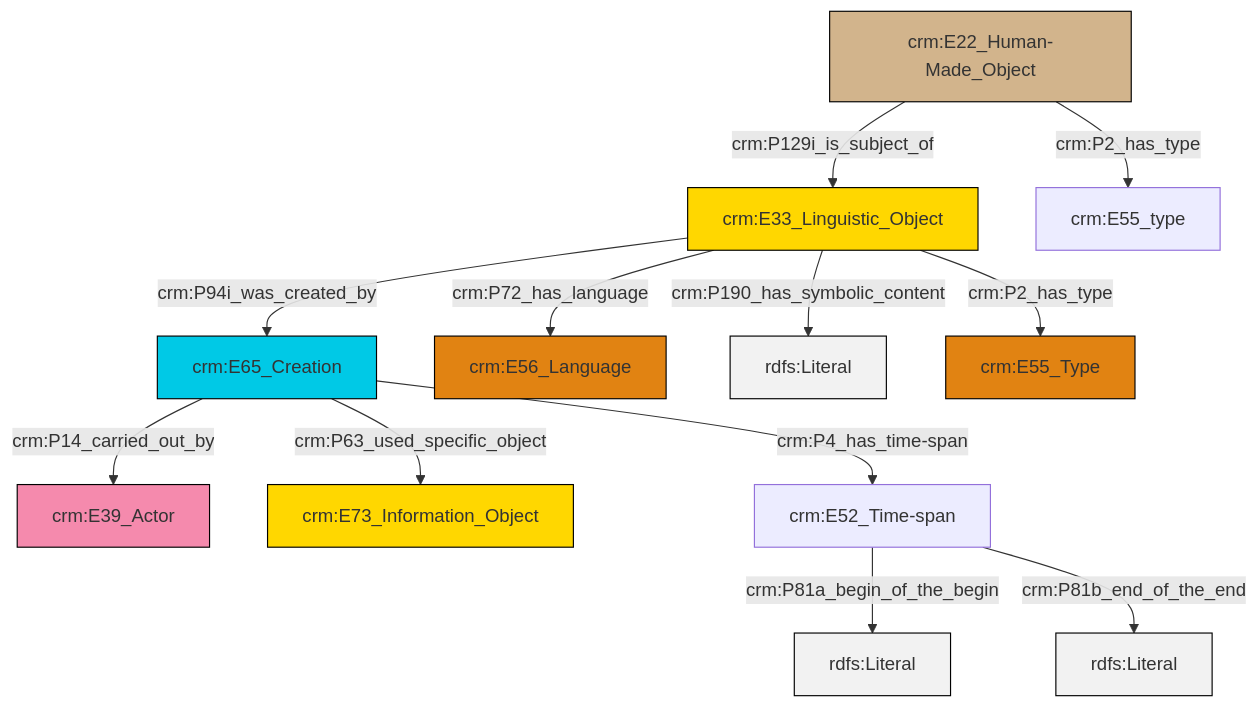
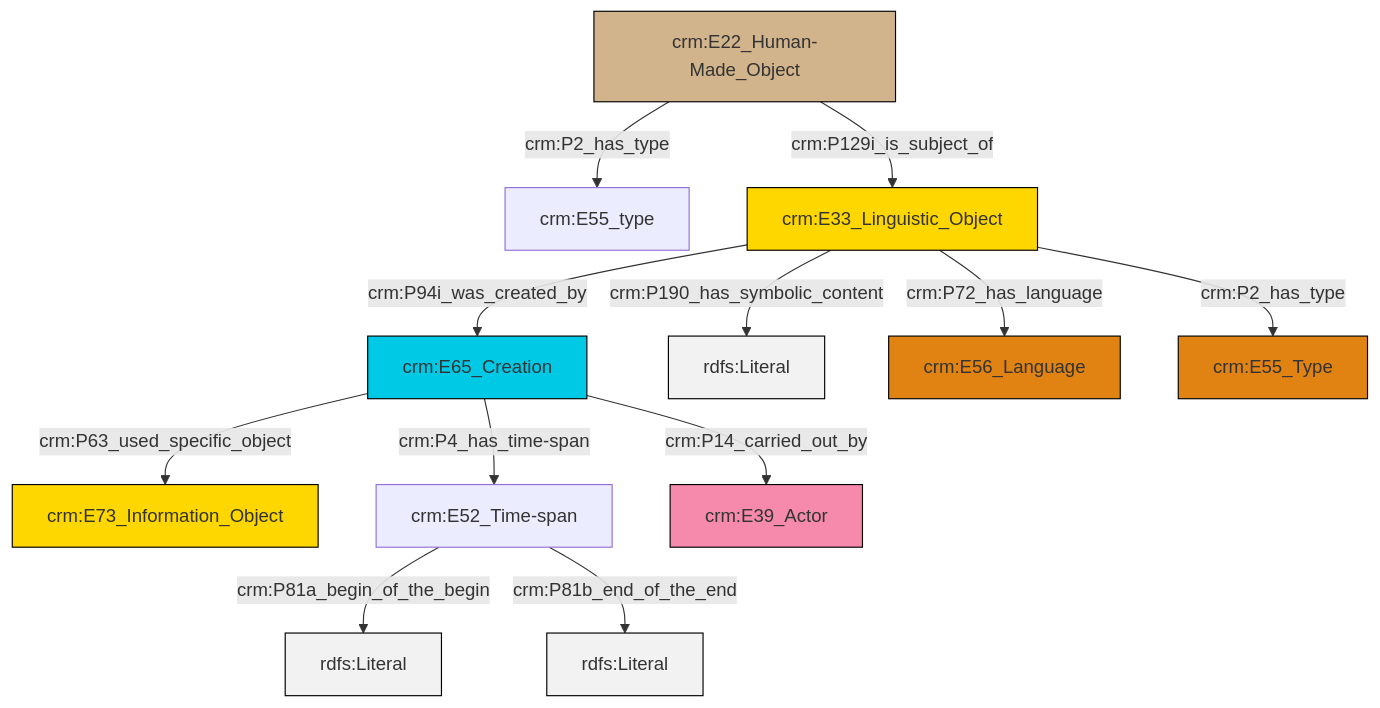
One commit to swiss-art-research-net/docs.swissartresearch changed the diagram in et/artworkCSV/ttl/mmd/Artwork_Description.ttl.mmd. Above: the diagram before and after it, drawn with Mermaid. The commit also changed 173 other files, not shown here.

```diff
--- a/et/artworkCSV/ttl/mmd/Artwork_Description.ttl.mmd
+++ b/et/artworkCSV/ttl/mmd/Artwork_Description.ttl.mmd
@@ -1,26 +1,26 @@
 graph TD
 classDef Literal fill:#f2f2f2,stroke:#000000;
 classDef CRM_Entity fill:#FFFFFF,stroke:#000000;
 classDef Temporal_Entity fill:#00C9E6, stroke:#000000;
 classDef Type fill:#E18312, stroke:#000000;
 classDef Time-Span fill:#2C9C91, stroke:#000000;
 classDef Appellation fill:#FFEB7F, stroke:#000000;
 classDef Place fill:#008836, stroke:#000000;
 classDef Persistent_Item fill:#B266B2, stroke:#000000;
 classDef Conceptual_Object fill:#FFD700, stroke:#000000;
 classDef Physical_Thing fill:#D2B48C, stroke:#000000;
 classDef Actor fill:#f58aad, stroke:#000000;
 classDef PC_Classes fill:#4ce600, stroke:#000000;
 classDef Multi fill:#cccccc,stroke:#000000;
 
-4["crm:E33_Linguistic_Object"]:::Conceptual_Object -->|crm:P94i_was_created_by| 6["crm:E65_Creation"]:::Temporal_Entity
-7["crm:E22_Human-Made_Object"]:::Physical_Thing -->|crm:P129i_is_subject_of| 4["crm:E33_Linguistic_Object"]:::Conceptual_Object
-6["crm:E65_Creation"]:::Temporal_Entity -->|crm:P14_carried_out_by| 0["crm:E39_Actor"]:::Actor
-4["crm:E33_Linguistic_Object"]:::Conceptual_Object -->|crm:P190_has_symbolic_content| 11[rdfs:Literal]:::Literal
-4["crm:E33_Linguistic_Object"]:::Conceptual_Object -->|crm:P2_has_type| 12["crm:E55_Type"]:::Type
-4["crm:E33_Linguistic_Object"]:::Conceptual_Object -->|crm:P72_has_language| 9["crm:E56_Language"]:::Type
-7["crm:E22_Human-Made_Object"]:::Physical_Thing -->|crm:P2_has_type| 17["crm:E55_type"]:::Default
-6["crm:E65_Creation"]:::Temporal_Entity -->|crm:P4_has_time-span| 15["crm:E52_Time-span"]:::Default
-15["crm:E52_Time-span"]:::Default -->|crm:P81a_begin_of_the_begin| 18[rdfs:Literal]:::Literal
-6["crm:E65_Creation"]:::Temporal_Entity -->|crm:P63_used_specific_object| 2["crm:E73_Information_Object"]:::Conceptual_Object
-15["crm:E52_Time-span"]:::Default -->|crm:P81b_end_of_the_end| 20[rdfs:Literal]:::Literal
+4["crm:E65_Creation"]:::Temporal_Entity -->|crm:P63_used_specific_object| 5["crm:E73_Information_Object"]:::Conceptual_Object
+6["crm:E52_Time-span"]:::Default -->|crm:P81a_begin_of_the_begin| 7[rdfs:Literal]:::Literal
+2["crm:E22_Human-Made_Object"]:::Physical_Thing -->|crm:P129i_is_subject_of| 8["crm:E33_Linguistic_Object"]:::Conceptual_Object
+4["crm:E65_Creation"]:::Temporal_Entity -->|crm:P4_has_time-span| 6["crm:E52_Time-span"]:::Default
+2["crm:E22_Human-Made_Object"]:::Physical_Thing -->|crm:P2_has_type| 0["crm:E55_type"]:::Default
+8["crm:E33_Linguistic_Object"]:::Conceptual_Object -->|crm:P190_has_symbolic_content| 10[rdfs:Literal]:::Literal
+8["crm:E33_Linguistic_Object"]:::Conceptual_Object -->|crm:P72_has_language| 11["crm:E56_Language"]:::Type
+4["crm:E65_Creation"]:::Temporal_Entity -->|crm:P14_carried_out_by| 14["crm:E39_Actor"]:::Actor
+8["crm:E33_Linguistic_Object"]:::Conceptual_Object -->|crm:P2_has_type| 15["crm:E55_Type"]:::Type
+8["crm:E33_Linguistic_Object"]:::Conceptual_Object -->|crm:P94i_was_created_by| 4["crm:E65_Creation"]:::Temporal_Entity
+6["crm:E52_Time-span"]:::Default -->|crm:P81b_end_of_the_end| 20[rdfs:Literal]:::Literal
```
